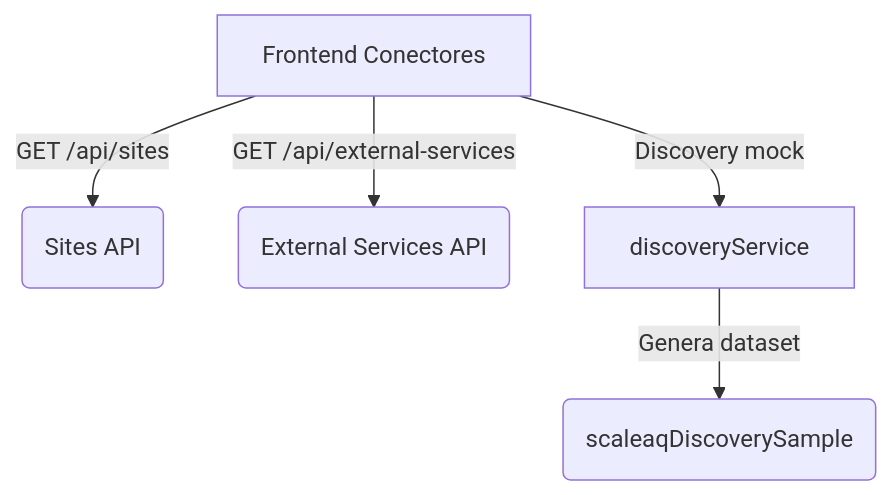
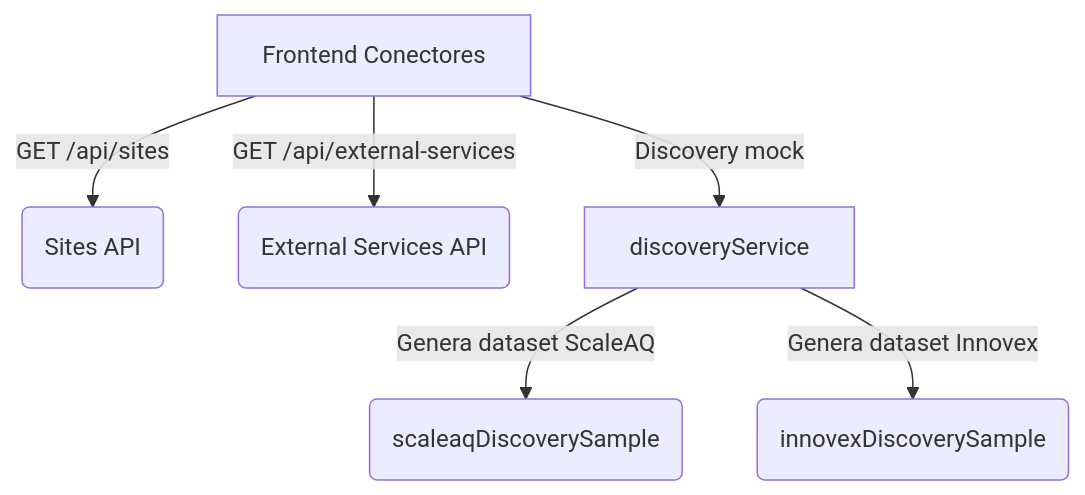
Before and after one commit to Oguri-Dev/omniapi-iot-platform: the diagram in docs/CONNECTORS_MANUAL.md, drawn with Mermaid. The commit also changed other lines of this file and 18 other files, not shown here.

````diff
--- a/docs/CONNECTORS_MANUAL.md
+++ b/docs/CONNECTORS_MANUAL.md
@@ -74,7 +91,8 @@
 ```mermaid
 graph TD
     A[Frontend Conectores] -->|GET /api/sites| B(Sites API)
     A -->|GET /api/external-services| C(External Services API)
     A -->|Discovery mock| D[discoveryService]
-    D -->|Genera dataset| E(scaleaqDiscoverySample)
+    D -->|Genera dataset ScaleAQ| E(scaleaqDiscoverySample)
+    D -->|Genera dataset Innovex| F(innovexDiscoverySample)
 ```
````
